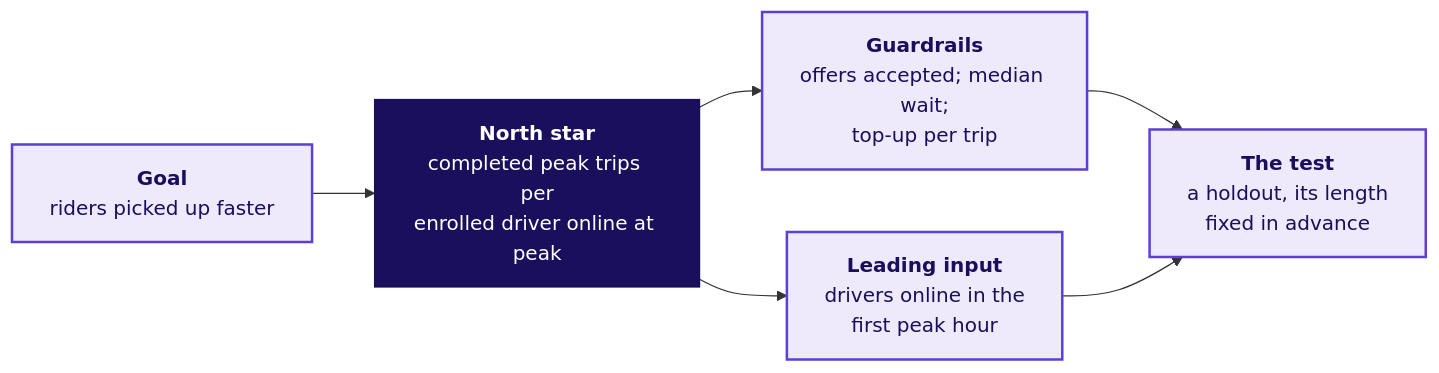
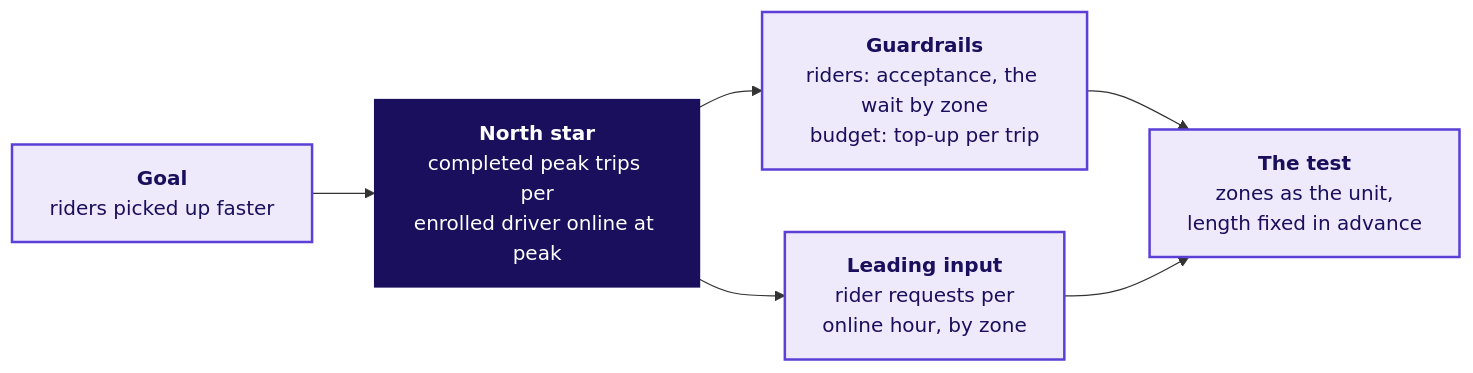
Before and after one commit to fde-academy-lab/c2-content-factory: the diagram in content/W04/D1/extras/C2_W04_D01_transcript_STUDENT.md, drawn with Mermaid. The commit also changed other lines of this file and 15 other files, not shown here.

````diff
--- a/content/W04/D1/extras/C2_W04_D01_transcript_STUDENT.md
+++ b/content/W04/D1/extras/C2_W04_D01_transcript_STUDENT.md
@@ -54,12 +61,12 @@
 ```mermaid
 flowchart LR
     G["<b>Goal</b><br/>riders picked up faster"] --> N["<b>North star</b><br/>completed peak trips per<br/>enrolled driver online at peak"]
-    N --> R["<b>Guardrails</b><br/>offers accepted; median wait;<br/>top-up per trip"]
-    N --> L["<b>Leading input</b><br/>drivers online in the<br/>first peak hour"]
-    R --> T["<b>The test</b><br/>a holdout, its length<br/>fixed in advance"]
+    N --> R["<b>Guardrails</b><br/>riders: acceptance, the wait by zone<br/>budget: top-up per trip"]
+    N --> L["<b>Leading input</b><br/>rider requests per<br/>online hour, by zone"]
+    R --> T["<b>The test</b><br/>zones as the unit,<br/>length fixed in advance"]
     L --> T
     classDef known fill:#EEEAFB,stroke:#5B3FD6,color:#1A0F5C,stroke-width:2px
     classDef lit fill:#1A0F5C,stroke:#1A0F5C,color:#FFFFFF
     class G,R,L,T known
     class N lit
 ```
````
